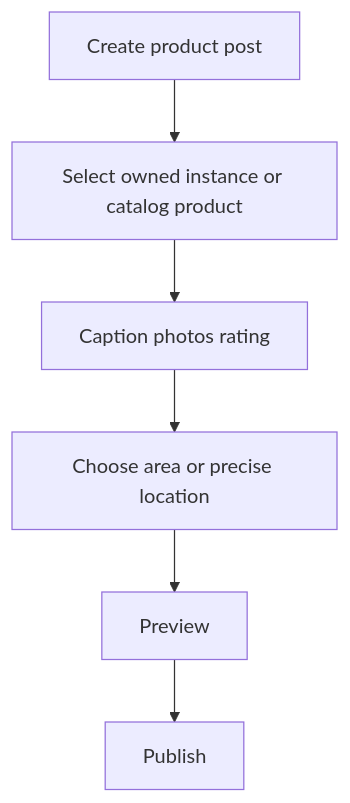
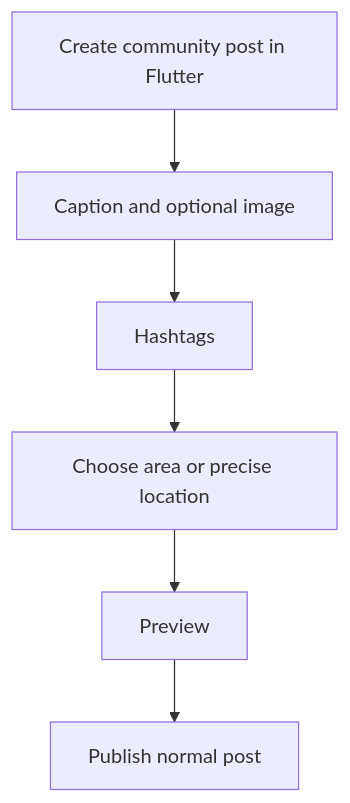
One commit to ekakoel/sincerelysea_app changed the fourth of 9 diagrams in docs/USER_FLOWS.md. Above: the diagram before and after it, drawn with Mermaid. The commit also changed other lines of this file and 19 other files, not shown here.

````diff
--- a/docs/USER_FLOWS.md
+++ b/docs/USER_FLOWS.md
@@ -26,4 +26,4 @@
 ```mermaid
 flowchart TD
-  A[Create product post] --> B[Select owned instance or catalog product] --> C[Caption photos rating] --> D[Choose area or precise location] --> E[Preview] --> F[Publish]
+  A[Create community post in Flutter] --> B[Caption and optional image] --> C[Hashtags] --> D[Choose area or precise location] --> E[Preview] --> F[Publish normal post]
 ```
````
